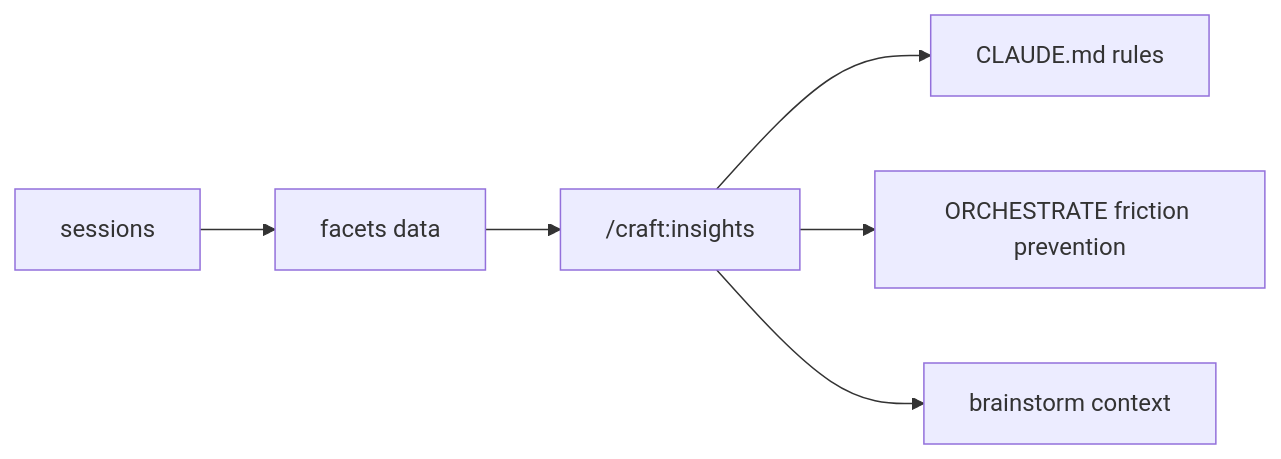
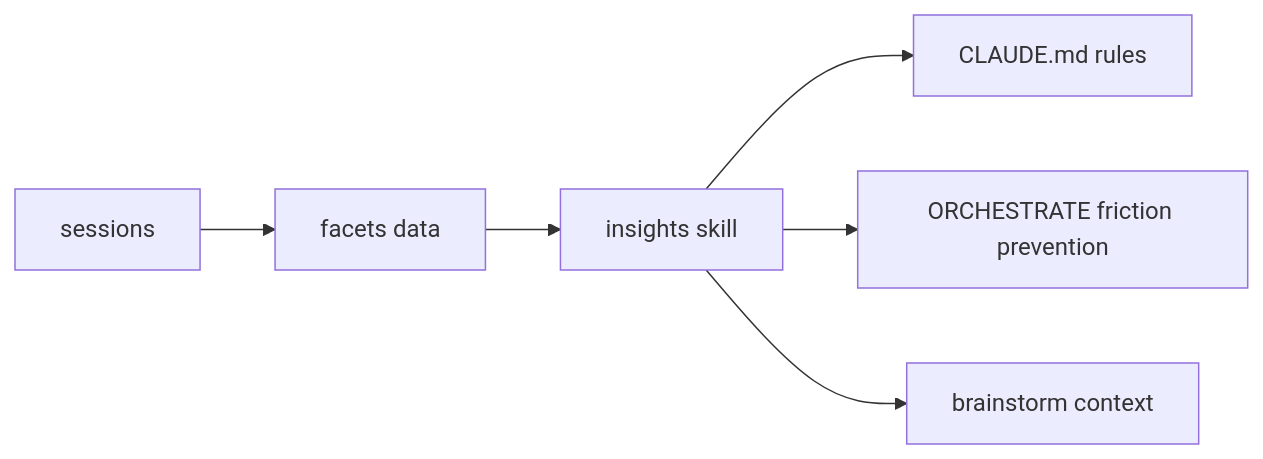
Before and after one commit to Data-Wise/craft: the second of 2 diagrams in docs/REFCARD.md, drawn with Mermaid. The commit also changed other lines of this file, not shown here.

````diff
--- a/docs/REFCARD.md
+++ b/docs/REFCARD.md
@@ -1516,8 +1324,8 @@
 ```mermaid
 graph LR
     A[sessions] --> B[facets data]
-    B --> C["/craft:insights"]
+    B --> C[insights skill]
     C --> D[CLAUDE.md rules]
     C --> E[ORCHESTRATE friction prevention]
     C --> F[brainstorm context]
 ```
````
